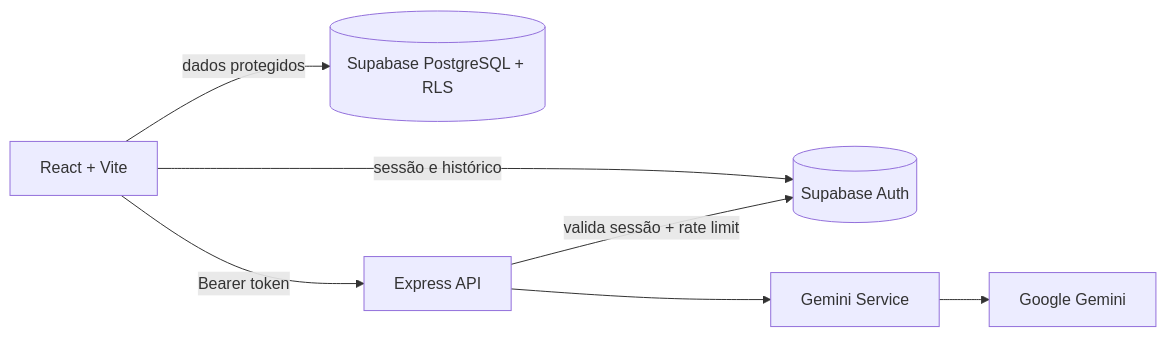
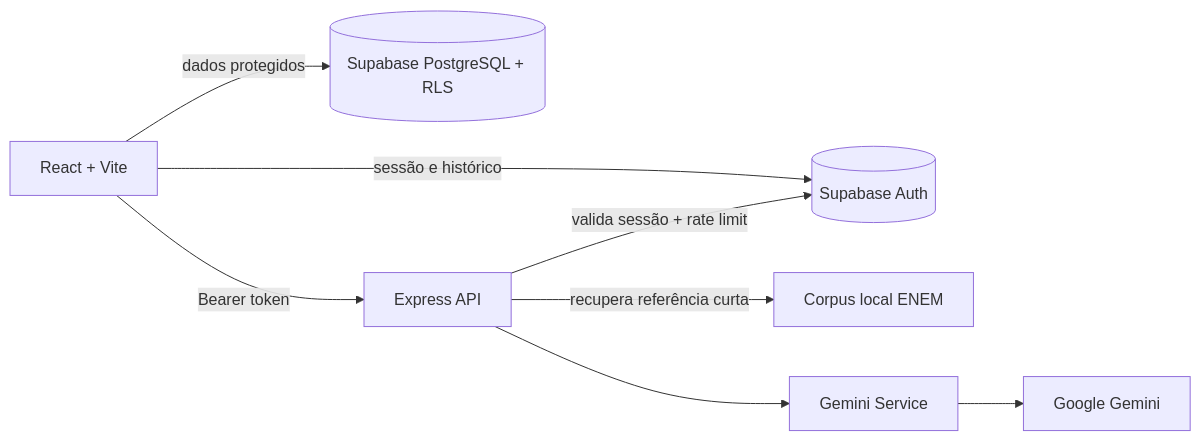
The diagram in README.md (Leandro-dot7/leandro-furlanetto-enem-ai-challenge), drawn with Mermaid before and after one commit. The commit also changed other lines of this file and 10 other files, not shown here.

Commit message:
feat(rag): add local ENEM API retrieval for Tutor

````diff
--- a/README.md
+++ b/README.md
@@ -19,15 +19,17 @@
 ```mermaid
 flowchart LR
   Browser[React + Vite]
   Auth[(Supabase Auth)]
   Data[(Supabase PostgreSQL + RLS)]
   API[Express API]
+  RAG[Corpus local ENEM]
   AI[Gemini Service]
 
   Browser -->|sessão e histórico| Auth
   Browser -->|dados protegidos| Data
   Browser -->|Bearer token| API
   API -->|valida sessão + rate limit| Auth
+  API -->|recupera referência curta| RAG
   API --> AI
   AI --> Gemini[Google Gemini]
 ```
````
